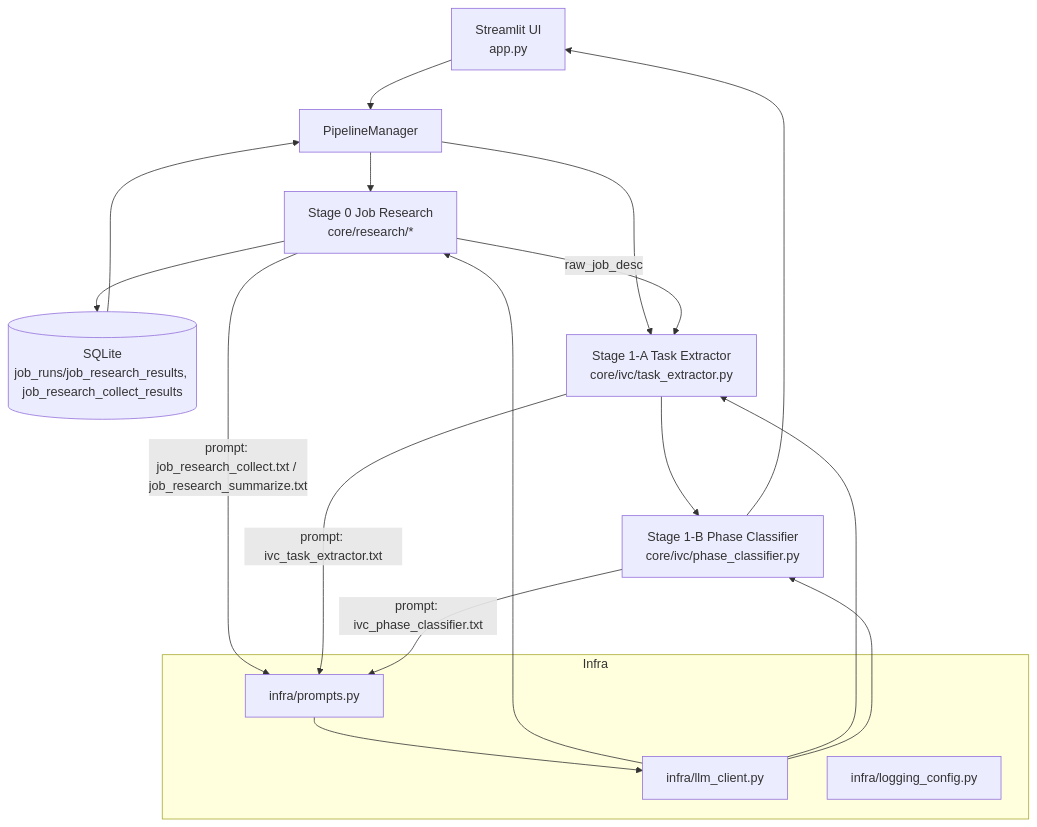
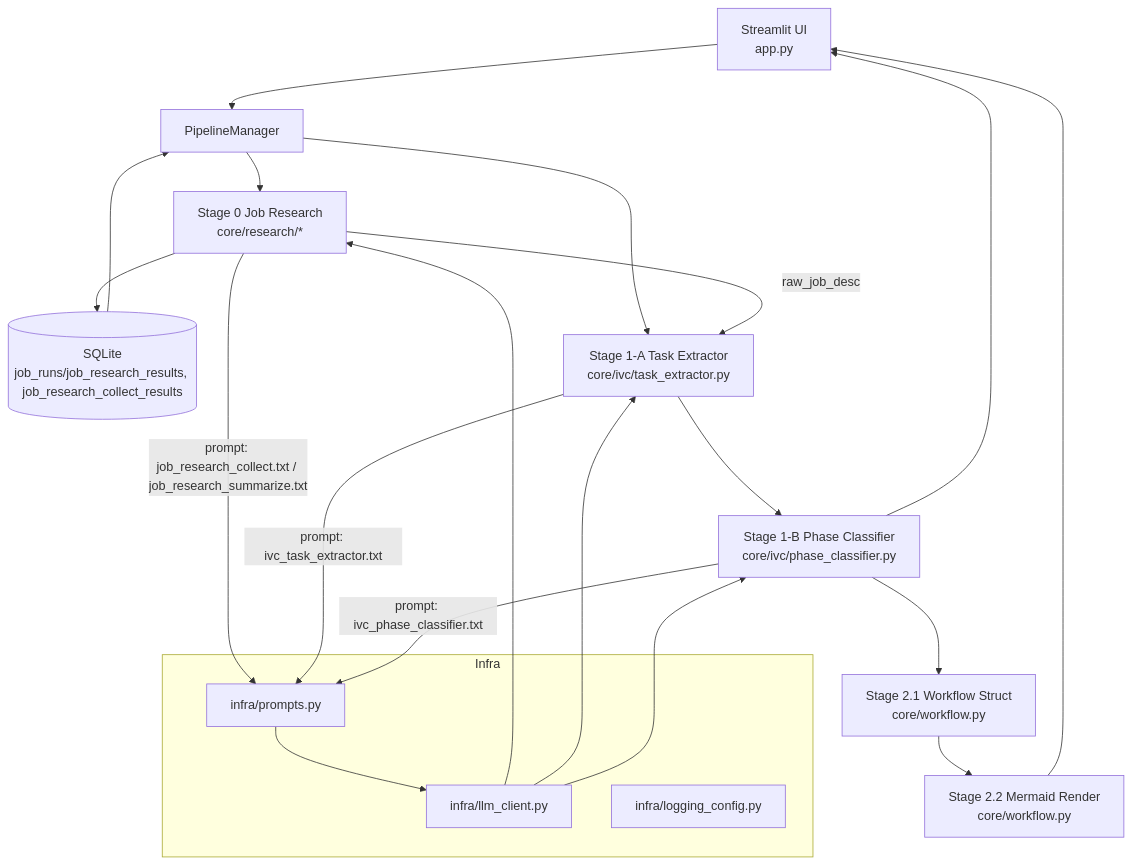
The diagram in docs/logic_flow.md (sabinanfranz/ax_poc_for_all), drawn with Mermaid before and after one commit. The commit also changed other lines of this file and 32 other files, not shown here.

````diff
--- a/docs/logic_flow.md
+++ b/docs/logic_flow.md
@@ -9,23 +9,26 @@
 ```mermaid
 graph TD
     UI[Streamlit UI<br/>app.py] --> PM[PipelineManager]
     PM --> S0[Stage 0 Job Research<br/>core/research/*]
     S0 --> DB[(SQLite<br/>job_runs/job_research_results, job_research_collect_results)]
     PM --> S1[Stage 1-A Task Extractor<br/>core/ivc/task_extractor.py]
     S1 --> S1B[Stage 1-B Phase Classifier<br/>core/ivc/phase_classifier.py]
     DB --> PM
     S0 -->|raw_job_desc| S1
     S1B --> UI
+    S1B --> S2W[Stage 2.1 Workflow Struct<br/>core/workflow.py]
+    S2W --> S2M[Stage 2.2 Mermaid Render<br/>core/workflow.py]
+    S2M --> UI
     subgraph Infra
       LLM[infra/llm_client.py]
       PR[infra/prompts.py]
       LG[infra/logging_config.py]
     end
     S0 -->|prompt: job_research_collect.txt / job_research_summarize.txt| PR
     S1 -->|prompt: ivc_task_extractor.txt| PR
     S1B -->|prompt: ivc_phase_classifier.txt| PR
     PR --> LLM
     LLM --> S0
     LLM --> S1
     LLM --> S1B
 ```
````
